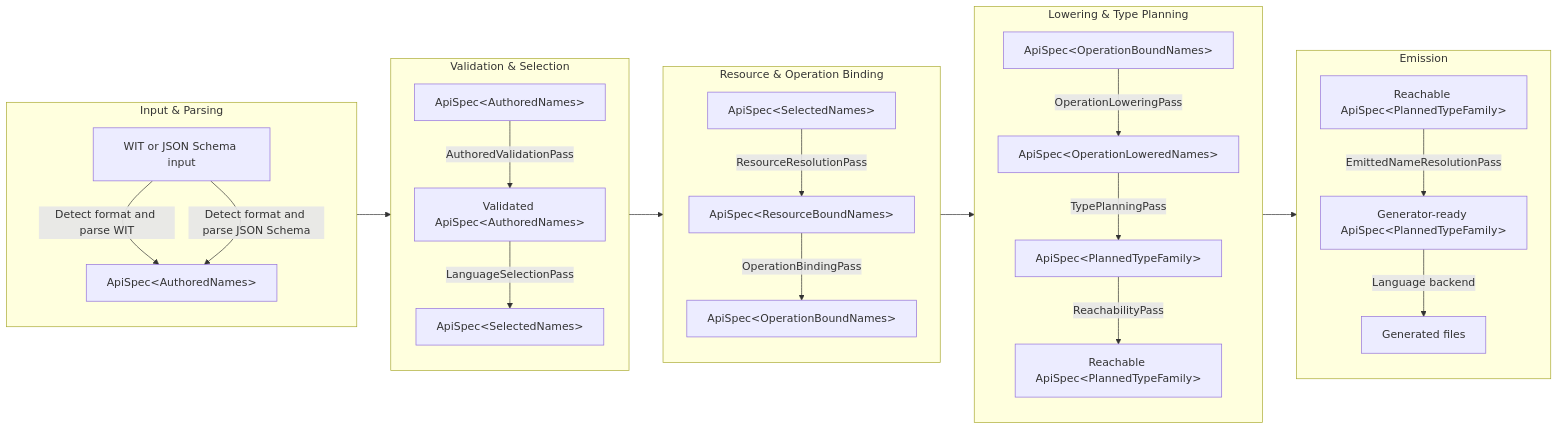
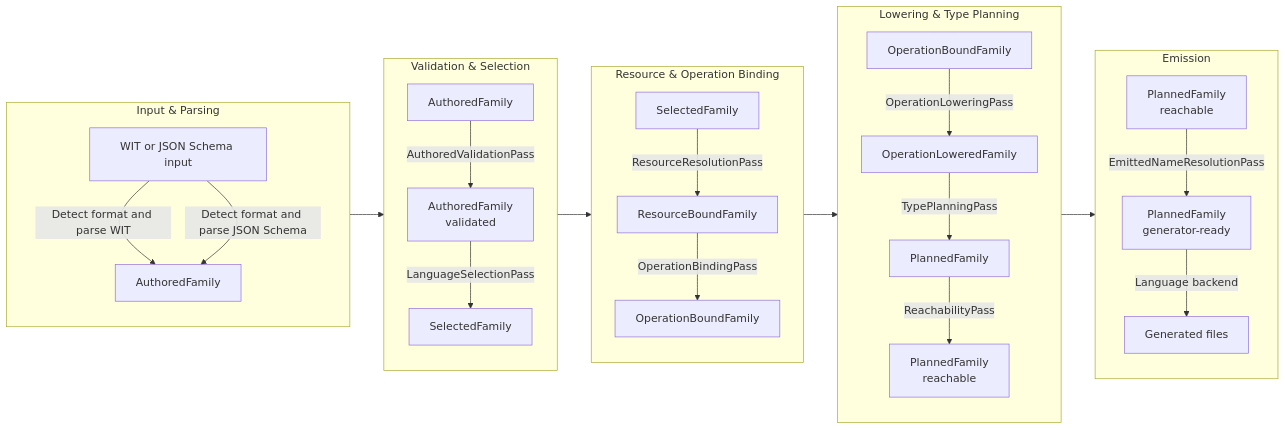
Before and after one commit to temporalio/nex-gen: the diagram in architecture.md, drawn with Mermaid. The commit also changed other lines of this file and 26 other files, not shown here.

````diff
--- a/architecture.md
+++ b/architecture.md
@@ -16,58 +21,58 @@
 ```mermaid
 flowchart LR
     subgraph parse["Input & Parsing"]
         direction TB
         input[WIT or JSON Schema input]
-        authored[ApiSpec&lt;AuthoredNames&gt;]
+        authored[AuthoredFamily]
 
         input -->|Detect format and parse WIT| authored
         input -->|Detect format and parse JSON Schema| authored
     end
 
     subgraph select["Validation & Selection"]
         direction TB
-        authoredForBinding[ApiSpec&lt;AuthoredNames&gt;]
-        validated[Validated ApiSpec&lt;AuthoredNames&gt;]
-        selected[ApiSpec&lt;SelectedNames&gt;]
+        authoredForBinding[AuthoredFamily]
+        validated[AuthoredFamily<br/>validated]
+        selected[SelectedFamily]
 
         authoredForBinding -->|AuthoredValidationPass| validated
         validated -->|LanguageSelectionPass| selected
     end
 
     subgraph bind["Resource & Operation Binding"]
         direction TB
-        selectedForBinding[ApiSpec&lt;SelectedNames&gt;]
-        resourceBound[ApiSpec&lt;ResourceBoundNames&gt;]
-        operationBound[ApiSpec&lt;OperationBoundNames&gt;]
+        selectedForBinding[SelectedFamily]
+        resourceBound[ResourceBoundFamily]
+        operationBound[OperationBoundFamily]
 
         selectedForBinding -->|ResourceResolutionPass| resourceBound
         resourceBound -->|OperationBindingPass| operationBound
     end
 
     subgraph plan["Lowering & Type Planning"]
         direction TB
-        operationBoundForPlanning[ApiSpec&lt;OperationBoundNames&gt;]
-        operationLowered[ApiSpec&lt;OperationLoweredNames&gt;]
-        planned[ApiSpec&lt;PlannedTypeFamily&gt;]
-        reachable[Reachable ApiSpec&lt;PlannedTypeFamily&gt;]
+        operationBoundForPlanning[OperationBoundFamily]
+        operationLowered[OperationLoweredFamily]
+        planned[PlannedFamily]
+        reachable[PlannedFamily<br/>reachable]
 
         operationBoundForPlanning -->|OperationLoweringPass| operationLowered
         operationLowered -->|TypePlanningPass| planned
         planned -->|ReachabilityPass| reachable
     end
 
     subgraph emit["Emission"]
         direction TB
-        reachableForEmission[Reachable ApiSpec&lt;PlannedTypeFamily&gt;]
-        generatorReady[Generator-ready ApiSpec&lt;PlannedTypeFamily&gt;]
+        reachableForEmission[PlannedFamily<br/>reachable]
+        generatorReady[PlannedFamily<br/>generator-ready]
         output[Generated files]
 
         reachableForEmission -->|EmittedNameResolutionPass| generatorReady
         generatorReady -->|Language backend| output
     end
 
     authored --> authoredForBinding
     selected --> selectedForBinding
     operationBound --> operationBoundForPlanning
     reachable --> reachableForEmission
 ```
````
